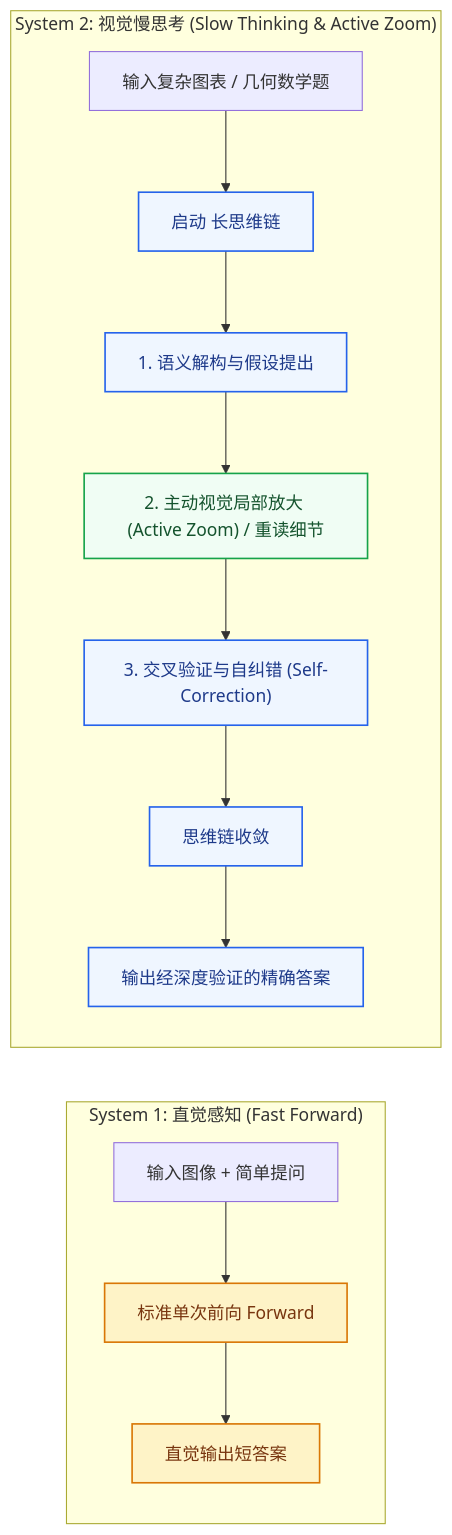
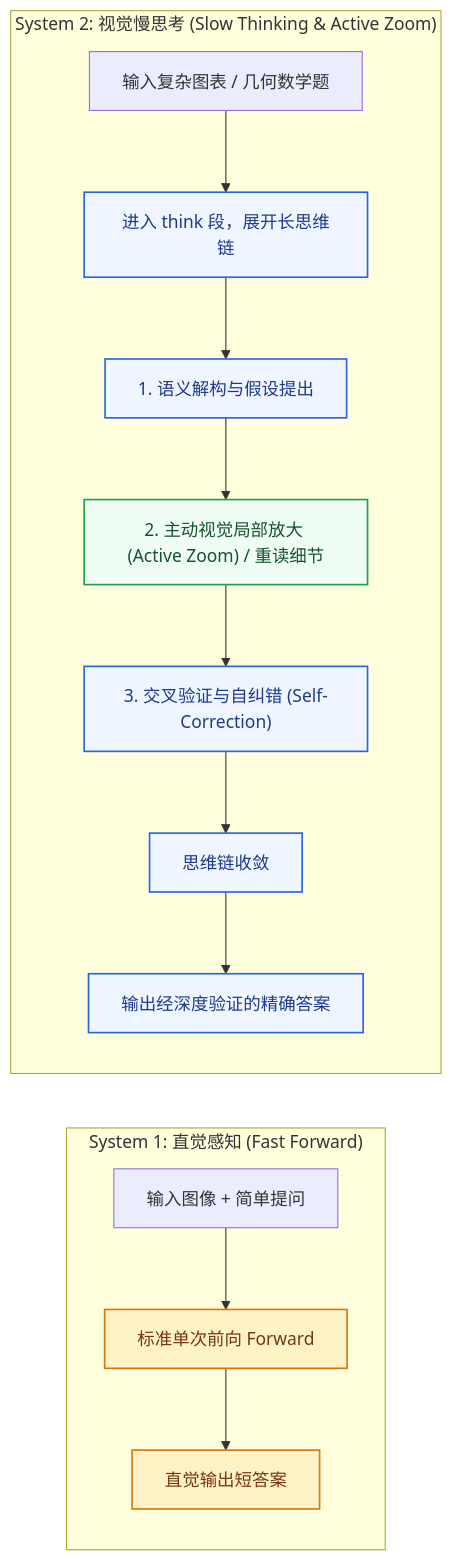
One commit to TingdeLiu/tingdeliu.github.io changed the seventh of 15 diagrams in _posts/research/2026-03-05-VLM-Survey.md. Above: the diagram before and after it, drawn with Mermaid. The commit also changed other lines of this file and 1 other file, not shown here.

````diff
--- a/_posts/research/2026-03-05-VLM-Survey.md
+++ b/_posts/research/2026-03-05-VLM-Survey.md
@@ -980,22 +881,22 @@
 ```mermaid
 flowchart LR
     classDef sys1 fill:#fef3c7,stroke:#d97706,stroke-width:1.5px,color:#78350f;
     classDef sys2 fill:#eff6ff,stroke:#2563eb,stroke-width:1.5px,color:#1e3a8a;
     classDef act fill:#f0fdf4,stroke:#16a34a,stroke-width:1.5px,color:#14532d;
 
     subgraph S1 ["System 1: 直觉感知 (Fast Forward)"]
         direction TB
         Q1["输入图像 + 简单提问"] --> V1["标准单次前向 Forward"]:::sys1
         V1 --> Ans1["直觉输出短答案"]:::sys1
     end
 
     subgraph S2 ["System 2: 视觉慢思考 (Slow Thinking & Active Zoom)"]
         direction TB
-        Q2["输入复杂图表 / 几何数学题"] --> ThinkStart["启动 <thought> 长思维链"]:::sys2
+        Q2["输入复杂图表 / 几何数学题"] --> ThinkStart["进入 think 段，展开长思维链"]:::sys2
         ThinkStart --> Decomp["1. 语义解构与假设提出"]:::sys2
         Decomp --> ActiveCrop["2. 主动视觉局部放大 (Active Zoom) / 重读细节"]:::act
         ActiveCrop --> Verify["3. 交叉验证与自纠错 (Self-Correction)"]:::sys2
         Verify --> ThinkEnd["思维链收敛"]:::sys2
         ThinkEnd --> Ans2["输出经深度验证的精确答案"]:::sys2
     end
 ```
````
